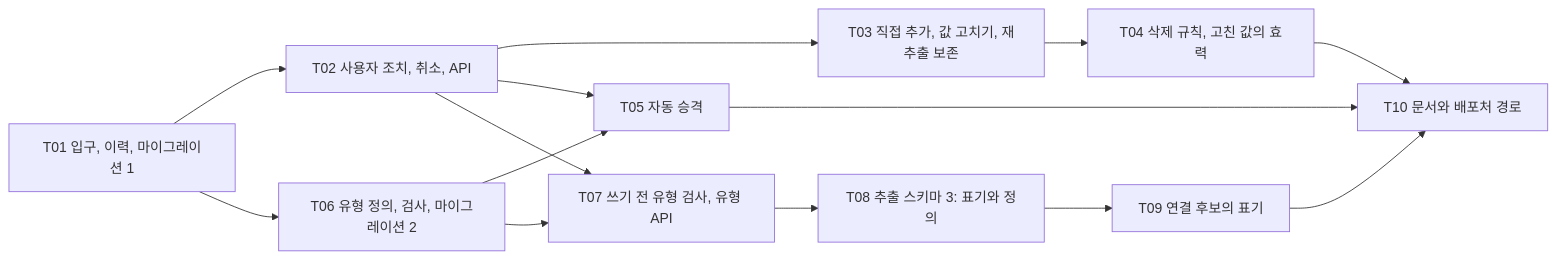
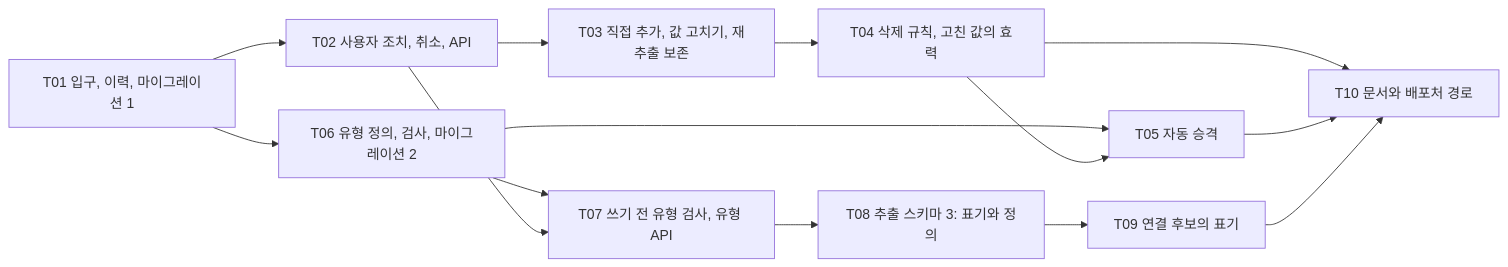
The fourth of 4 diagrams in docs/specs/2026-11-22-S01-semantic-registry.md (nohdol97/PKI), drawn with Mermaid before and after one commit. The commit also changed other lines of this file, not shown here.

````diff
--- a/docs/specs/2026-11-22-S01-semantic-registry.md
+++ b/docs/specs/2026-11-22-S01-semantic-registry.md
@@ -496,16 +503,16 @@
 ```mermaid
 flowchart LR
   T01["T01 입구, 이력, 마이그레이션 1"] --> T02["T02 사용자 조치, 취소, API"]
   T01 --> T06["T06 유형 정의, 검사, 마이그레이션 2"]
   T02 --> T03["T03 직접 추가, 값 고치기, 재추출 보존"]
   T03 --> T04["T04 삭제 규칙, 고친 값의 효력"]
   T06 --> T05["T05 자동 승격"]
-  T02 --> T05
+  T04 --> T05
   T06 --> T07["T07 쓰기 전 유형 검사, 유형 API"]
   T02 --> T07
   T07 --> T08["T08 추출 스키마 3: 표기와 정의"]
   T08 --> T09["T09 연결 후보의 표기"]
   T04 --> T10["T10 문서와 배포처 경로"]
   T05 --> T10
   T09 --> T10
 ```
````
